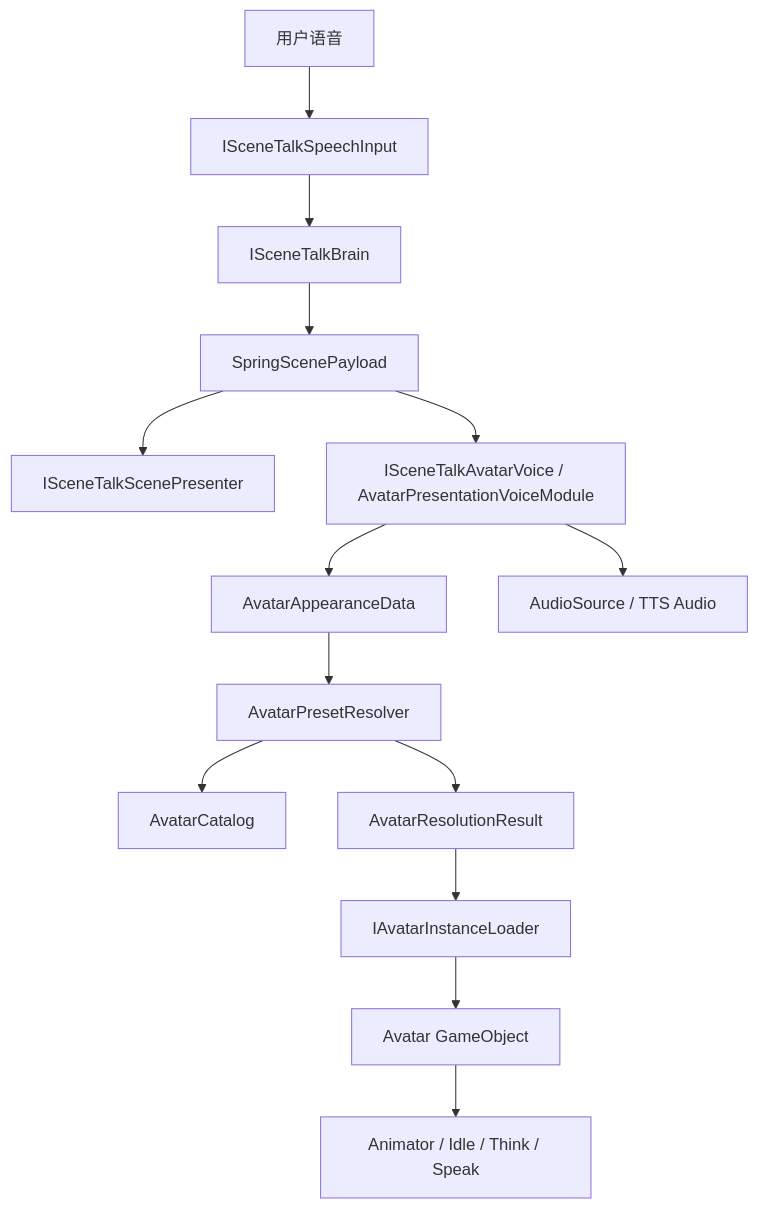
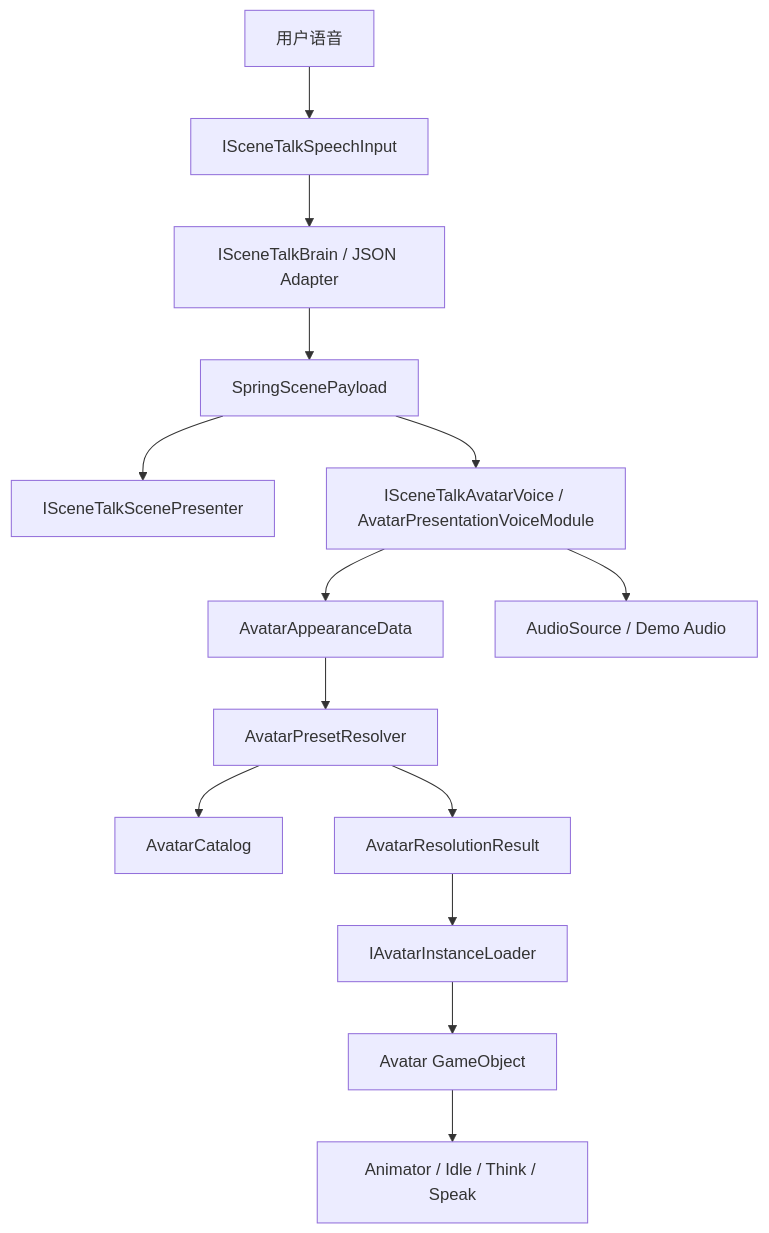
Before and after one commit to VitorJZ/SceneTalkVR: the diagram in documents/avatar-module-technical-plan.md, drawn with Mermaid. The commit also changed other lines of this file and 60 other files, not shown here.

````diff
--- a/documents/avatar-module-technical-plan.md
+++ b/documents/avatar-module-technical-plan.md
@@ -388,17 +521,17 @@
 ```mermaid
 flowchart TD
     UserSpeech["用户语音"] --> SpeechInput["ISceneTalkSpeechInput"]
-    SpeechInput --> Brain["ISceneTalkBrain"]
+    SpeechInput --> Brain["ISceneTalkBrain / JSON Adapter"]
     Brain --> Payload["SpringScenePayload"]
     Payload --> ScenePresenter["ISceneTalkScenePresenter"]
     Payload --> AvatarModule["ISceneTalkAvatarVoice / AvatarPresentationVoiceModule"]
 
     AvatarModule --> Appearance["AvatarAppearanceData"]
     Appearance --> Resolver["AvatarPresetResolver"]
     Resolver --> Catalog["AvatarCatalog"]
     Resolver --> Resolution["AvatarResolutionResult"]
     Resolution --> Loader["IAvatarInstanceLoader"]
     Loader --> AvatarGO["Avatar GameObject"]
     AvatarGO --> Animator["Animator / Idle / Think / Speak"]
-    AvatarModule --> Audio["AudioSource / TTS Audio"]
+    AvatarModule --> Audio["AudioSource / Demo Audio"]
 ```
````
